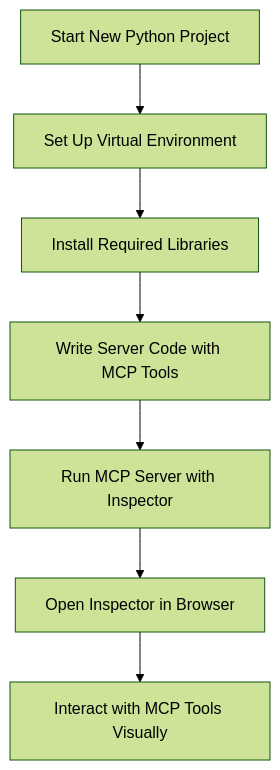
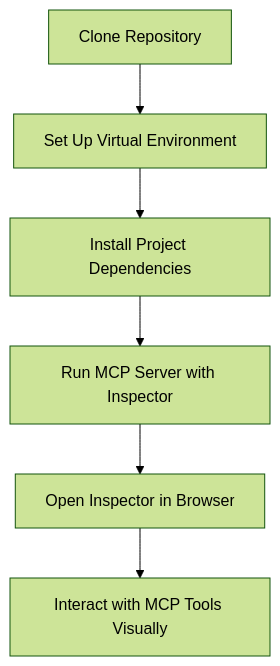
Before and after one commit to shaikhq/mcpworks: the diagram in README.md, drawn with Mermaid (forest theme). The commit also changed other lines of this file, not shown here.

Commit message:
added init code

`````diff
--- a/README.md
+++ b/README.md
@@ -7,9 +18,8 @@
 ```mermaid
 flowchart TD
-    A[Start New Python Project] --> B[Set Up Virtual Environment]
-    B --> C[Install Required Libraries]
-    C --> D[Write Server Code with MCP Tools]
-    D --> E[Run MCP Server with Inspector]
-    E --> F[Open Inspector in Browser]
-    F --> G[Interact with MCP Tools Visually]
-```
+    A[Clone Repository] --> B[Set Up Virtual Environment]
+    B --> C[Install Project Dependencies]
+    C --> D[Run MCP Server with Inspector]
+    D --> E[Open Inspector in Browser]
+    E --> F[Interact with MCP Tools Visually]
+````
`````
